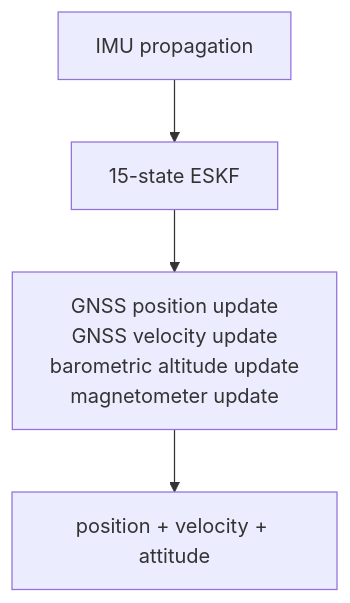
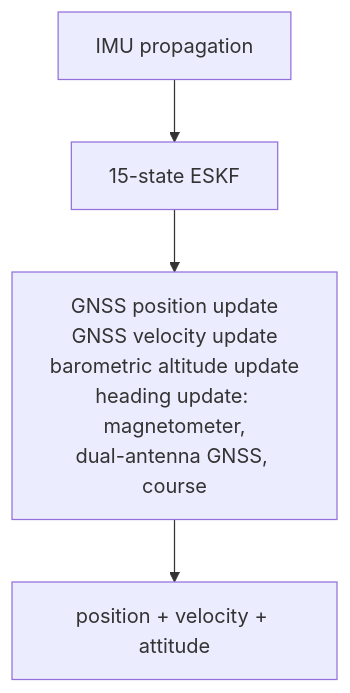
One commit to wboayue/fusion-nav changed the third of 3 diagrams in DESIGN.md. Above: the diagram before and after it, drawn with Mermaid. The commit also changed other lines of this file and 22 other files, not shown here.

````diff
--- a/DESIGN.md
+++ b/DESIGN.md
@@ -620,6 +621,6 @@
 ```mermaid
 flowchart TD
     imu["IMU propagation"] --> eskf["15-state ESKF"]
-    eskf --> upd["GNSS position update<br/>GNSS velocity update<br/>barometric altitude update<br/>magnetometer update"]
+    eskf --> upd["GNSS position update<br/>GNSS velocity update<br/>barometric altitude update<br/>heading update: magnetometer,<br/>dual-antenna GNSS, course"]
     upd --> out["position + velocity + attitude"]
 ```
````
